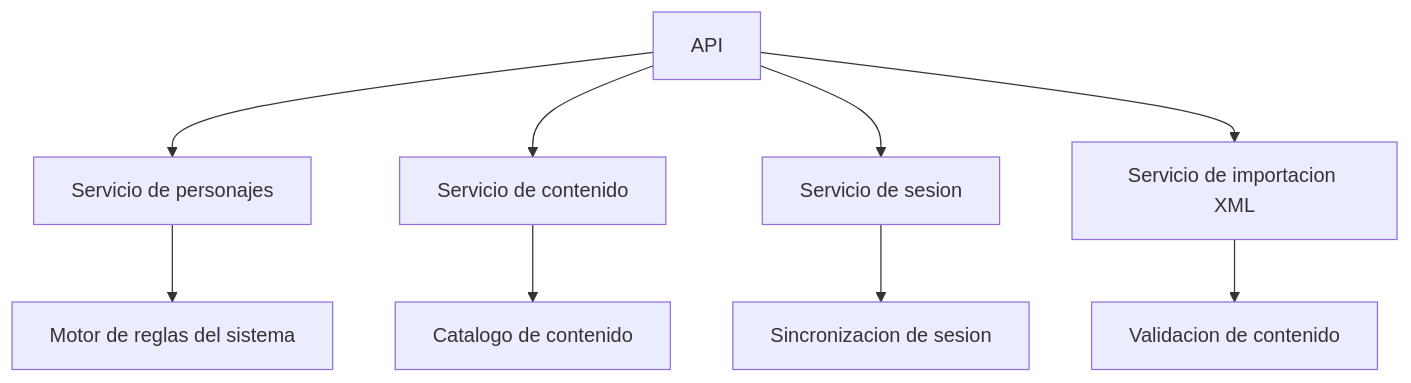
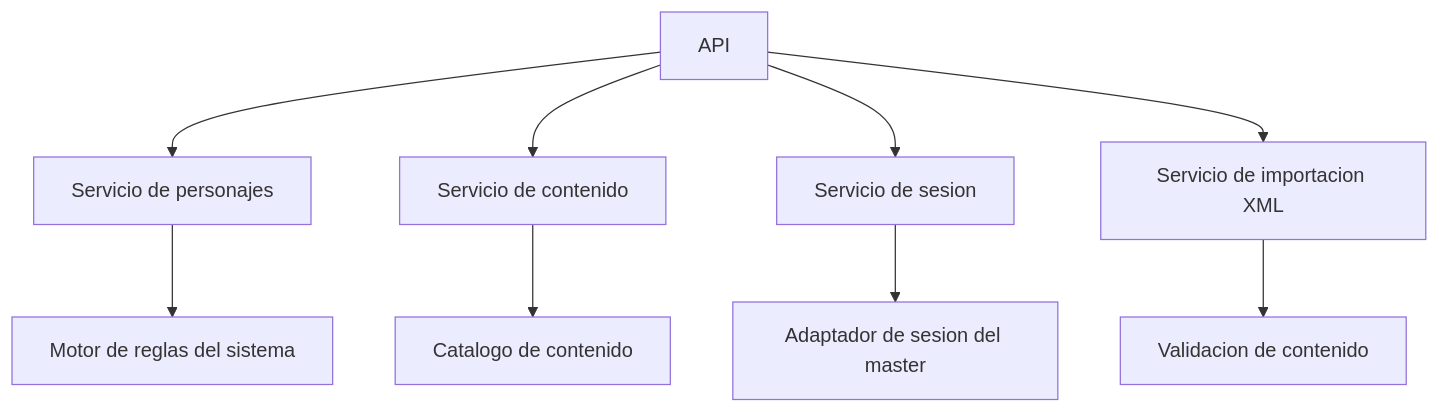
One commit to JuanEstrada/adventure-vault-character changed the diagram in Adventure Vault Character/docs/architecture/c4/component-view-backend.md. Above: the diagram before and after it, drawn with Mermaid. The commit also changed other lines of this file and 14 other files, not shown here.

````diff
--- a/Adventure Vault Character/docs/architecture/c4/component-view-backend.md
+++ b/Adventure Vault Character/docs/architecture/c4/component-view-backend.md
@@ -5,11 +5,11 @@
 ```mermaid
 flowchart TD
     Api["API"] --> CharacterService["Servicio de personajes"]
     Api --> ContentService["Servicio de contenido"]
     Api --> SessionService["Servicio de sesion"]
     Api --> ImportService["Servicio de importacion XML"]
     CharacterService --> Rules["Motor de reglas del sistema"]
     ContentService --> Catalog["Catalogo de contenido"]
     ImportService --> Validation["Validacion de contenido"]
-    SessionService --> Sync["Sincronizacion de sesion"]
+    SessionService --> Sync["Adaptador de sesion del master"]
 ```
````
